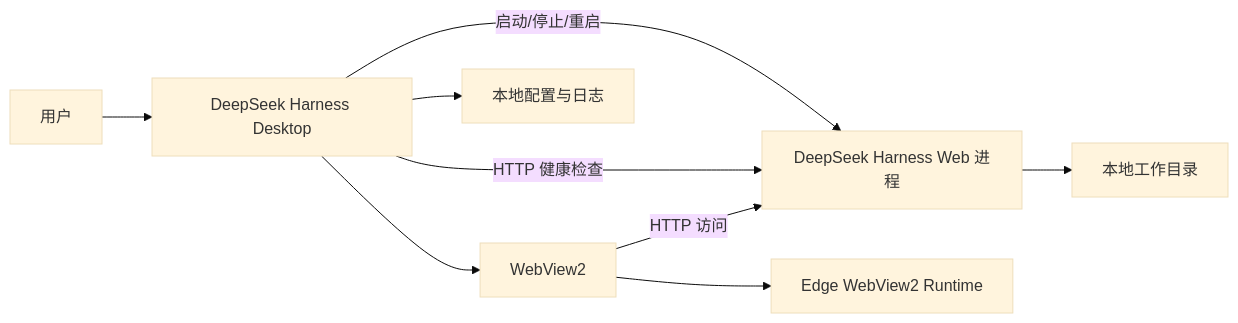
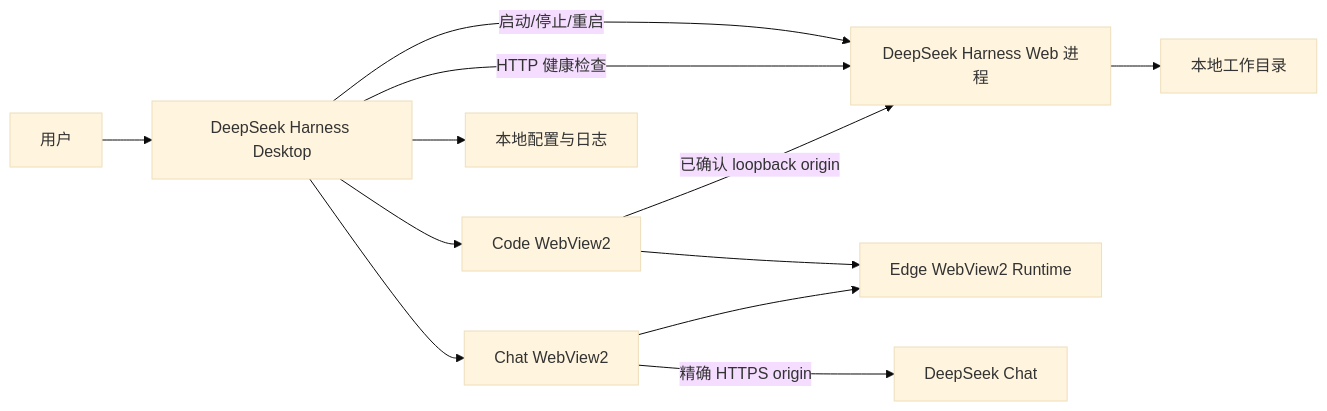
One commit to yxwu97/DeepSeekCLI changed the first of 4 diagrams in docs/deepseek-harness-desktop-detailed-design.md. Above: the diagram before and after it, drawn with Mermaid (base theme). The commit also changed other lines of this file and 80 other files, not shown here.

````diff
--- a/docs/deepseek-harness-desktop-detailed-design.md
+++ b/docs/deepseek-harness-desktop-detailed-design.md
@@ -62,19 +68,23 @@
 ```mermaid
 flowchart LR
     User[用户]
     Desktop[DeepSeek Harness Desktop]
-    WebView[WebView2]
+    CodeWebView[Code WebView2]
+    ChatWebView[Chat WebView2]
     DSH[DeepSeek Harness Web 进程]
     Project[本地工作目录]
     BrowserRuntime[Edge WebView2 Runtime]
     Settings[本地配置与日志]
 
     User --> Desktop
     Desktop -->|启动/停止/重启| DSH
     Desktop -->|HTTP 健康检查| DSH
-    Desktop --> WebView
-    WebView -->|HTTP 访问| DSH
+    Desktop --> CodeWebView
+    Desktop --> ChatWebView
+    CodeWebView -->|已确认 loopback origin| DSH
+    ChatWebView -->|精确 HTTPS origin| Chat[DeepSeek Chat]
     DSH --> Project
-    WebView --> BrowserRuntime
+    CodeWebView --> BrowserRuntime
+    ChatWebView --> BrowserRuntime
     Desktop --> Settings
 ```
````
